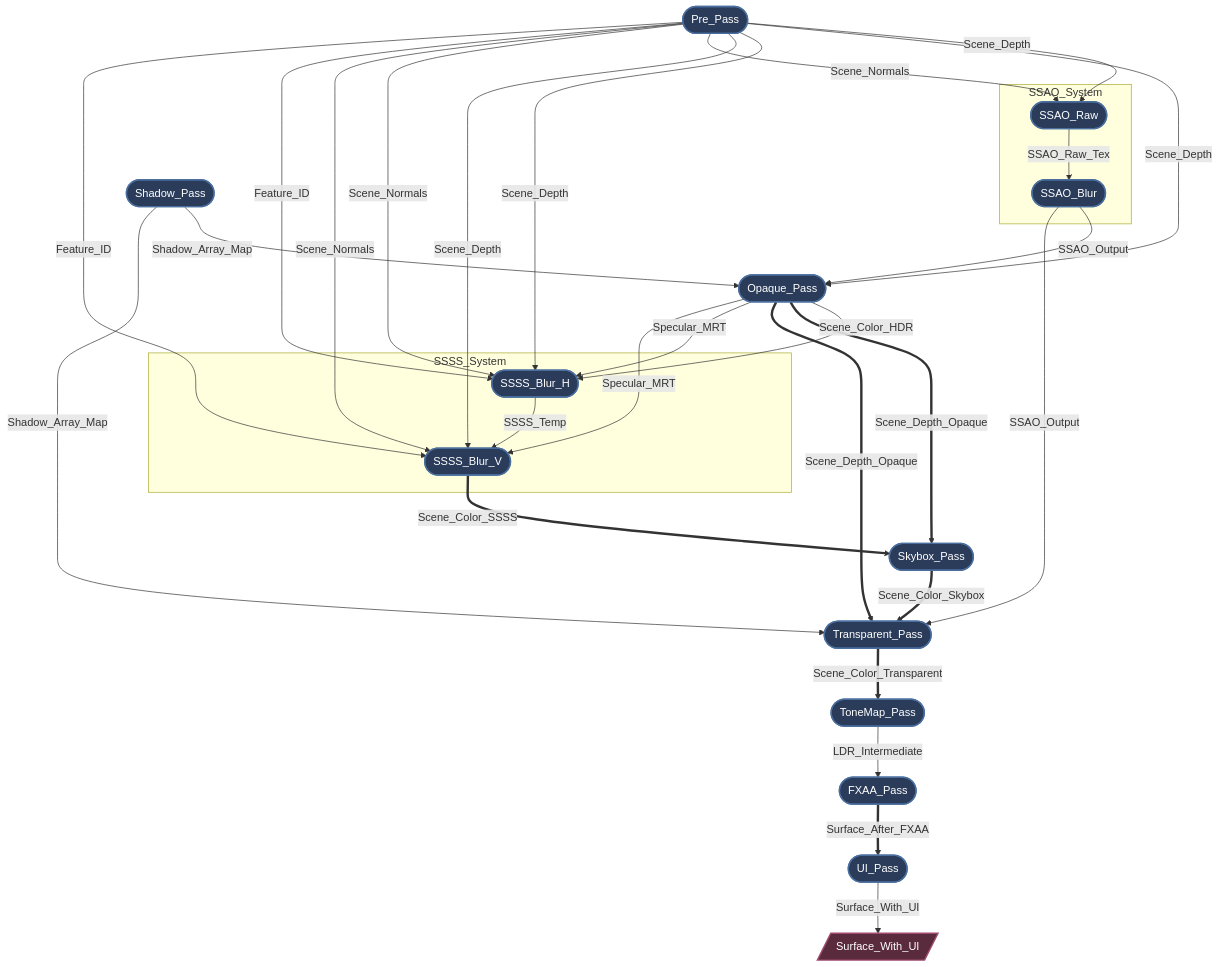
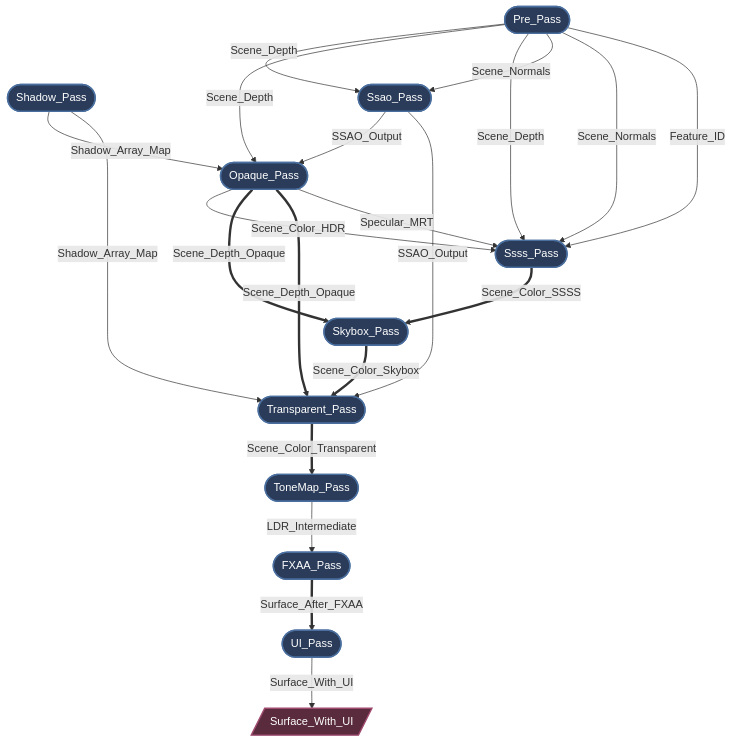
The first of 3 diagrams in docs/RenderGraph.md (panxinmiao/myth), drawn with Mermaid before and after one commit. The commit also changed other lines of this file and 15 other files, not shown here.

Commit message:
support sub graph

````diff
--- a/docs/RenderGraph.md
+++ b/docs/RenderGraph.md
@@ -73,54 +84,41 @@
 ```mermaid
 flowchart
     classDef alive fill:#2b3c5a,stroke:#4a6f9f,stroke-width:2px,color:#fff,rx:5,ry:5;
     classDef dead fill:#222,stroke:#555,stroke-width:2px,stroke-dasharray: 5 5,color:#777,rx:5,ry:5;
     classDef external fill:#5a2b3c,stroke:#9f4a6f,stroke-width:2px,color:#fff;
 
     %% --- Passes (Nodes) ---
     P0(["Shadow_Pass"]):::alive
     P1(["Pre_Pass"]):::alive
-    subgraph SSAO_System ["SSAO_System"]
-        P2(["SSAO_Raw"]):::alive
-        P3(["SSAO_Blur"]):::alive
-    end
-    P4(["Opaque_Pass"]):::alive
-    subgraph SSSS_System ["SSSS_System"]
-        P5(["SSSS_Blur_H"]):::alive
-        P6(["SSSS_Blur_V"]):::alive
-    end
-    P7(["Skybox_Pass"]):::alive
-    P8(["Transparent_Pass"]):::alive
-    P9(["ToneMap_Pass"]):::alive
-    P10(["FXAA_Pass"]):::alive
-    P11(["UI_Pass"]):::alive
+    P2(["Ssao_Pass"]):::alive
+    P3(["Opaque_Pass"]):::alive
+    P4(["Ssss_Pass"]):::alive
+    P5(["Skybox_Pass"]):::alive
+    P6(["Transparent_Pass"]):::alive
+    P7(["ToneMap_Pass"]):::alive
+    P8(["FXAA_Pass"]):::alive
+    P9(["UI_Pass"]):::alive
 
     %% --- Data Flow (Edges) ---
-    P0 -->|"Shadow_Array_Map"| P4;
-    P0 -->|"Shadow_Array_Map"| P8;
+    P0 -->|"Shadow_Array_Map"| P3;
+    P0 -->|"Shadow_Array_Map"| P6;
     P1 -->|"Scene_Depth"| P2;
+    P1 -->|"Scene_Depth"| P3;
     P1 -->|"Scene_Depth"| P4;
-    P1 -->|"Scene_Depth"| P5;
-    P1 -->|"Scene_Depth"| P6;
     P1 -->|"Scene_Normals"| P2;
-    P1 -->|"Scene_Normals"| P5;
-    P1 -->|"Scene_Normals"| P6;
-    P1 -->|"Feature_ID"| P5;
-    P1 -->|"Feature_ID"| P6;
-    P2 -->|"SSAO_Raw_Tex"| P3;
-    P3 -->|"SSAO_Output"| P4;
-    P3 -->|"SSAO_Output"| P8;
-    P4 -->|"Scene_Color_HDR"| P5;
-    P4 ==>|"Scene_Depth_Opaque"| P7;
-    P4 ==>|"Scene_Depth_Opaque"| P8;
-    P4 -->|"Specular_MRT"| P5;
-    P4 -->|"Specular_MRT"| P6;
-    P5 -->|"SSSS_Temp"| P6;
-    P6 ==>|"Scene_Color_SSSS"| P7;
-    P7 ==>|"Scene_Color_Skybox"| P8;
-    P8 ==>|"Scene_Color_Transparent"| P9;
-    P9 -->|"LDR_Intermediate"| P10;
-    P10 ==>|"Surface_After_FXAA"| P11;
+    P1 -->|"Scene_Normals"| P4;
+    P1 -->|"Feature_ID"| P4;
+    P2 -->|"SSAO_Output"| P3;
+    P2 -->|"SSAO_Output"| P6;
+    P3 -->|"Scene_Color_HDR"| P4;
+    P3 ==>|"Scene_Depth_Opaque"| P5;
+    P3 ==>|"Scene_Depth_Opaque"| P6;
+    P3 -->|"Specular_MRT"| P4;
+    P4 ==>|"Scene_Color_SSSS"| P5;
+    P5 ==>|"Scene_Color_Skybox"| P6;
+    P6 ==>|"Scene_Color_Transparent"| P7;
+    P7 -->|"LDR_Intermediate"| P8;
+    P8 ==>|"Surface_After_FXAA"| P9;
     OUT_16[/"Surface_With_UI"/]:::external
-    P11 -->|"Surface_With_UI"| OUT_16;
-
+    P9 -->|"Surface_With_UI"| OUT_16;
 ```
````
